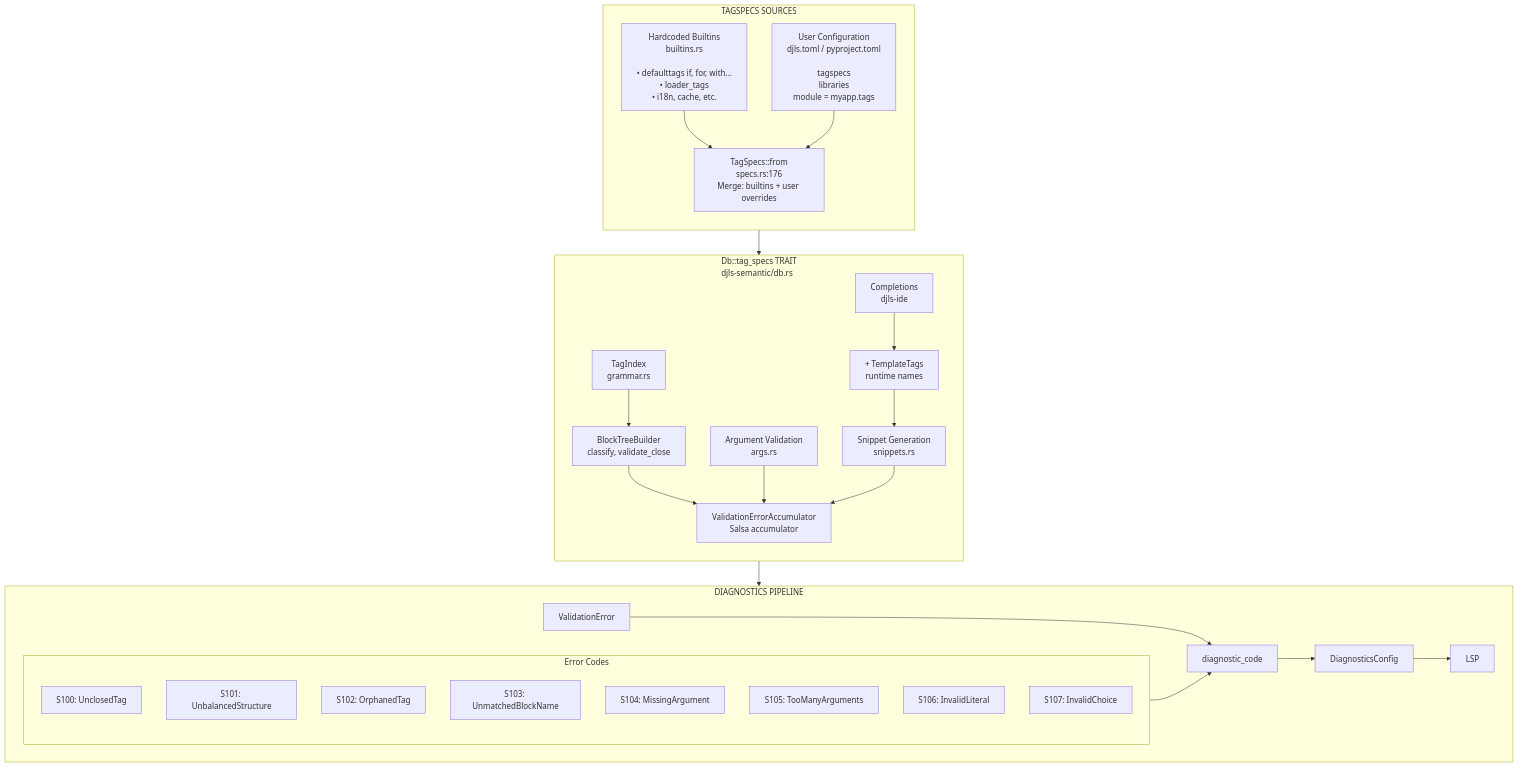
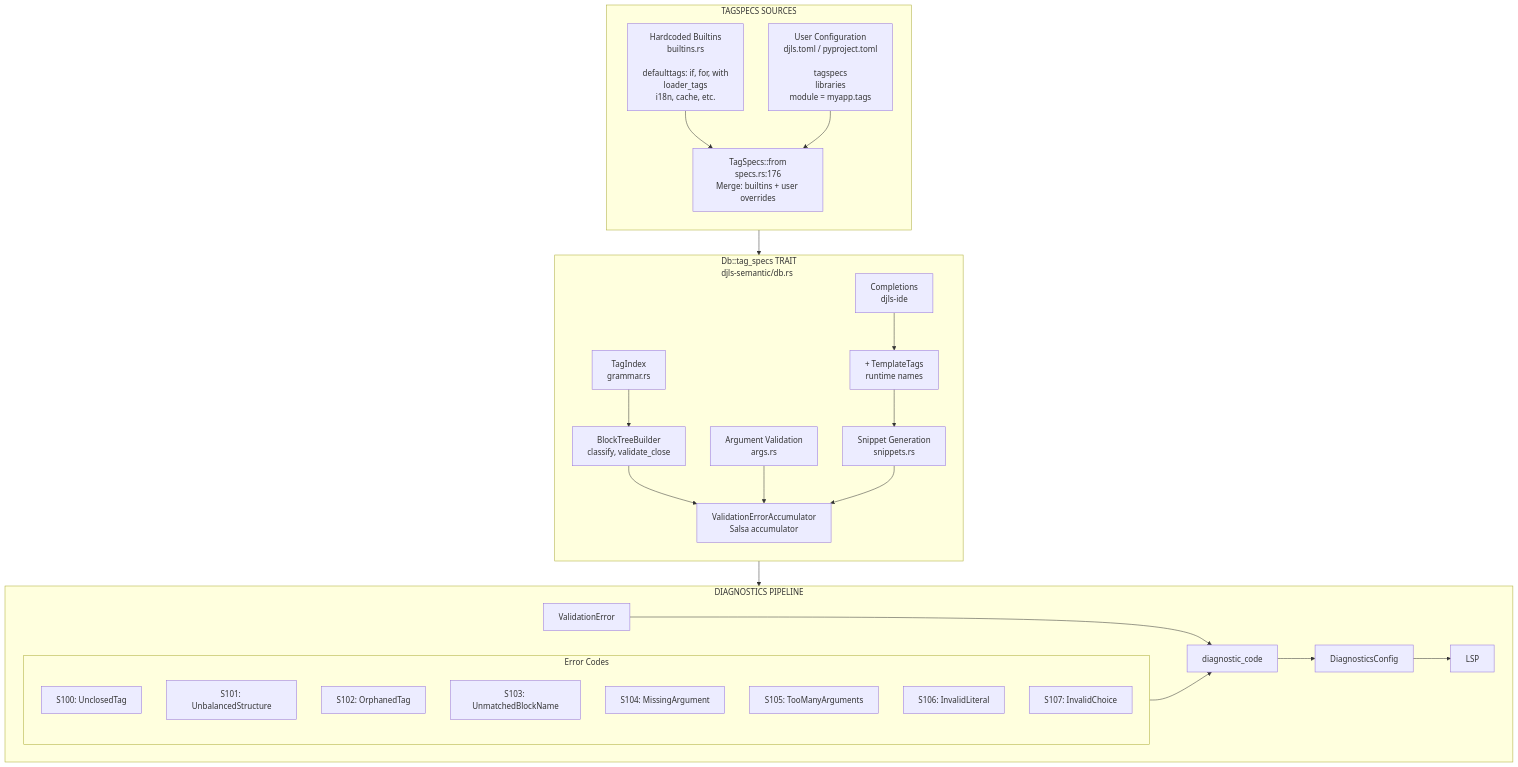
One commit to joshuadavidthomas/django-language-server changed the diagram in .agents/research/2026-02-04_tagspecs-flow-analysis.md. Above: the diagram before and after it, drawn with Mermaid. The commit also changed 12 other files, not shown here.

Commit message:
change ASCII diagrams to Mermaid

````diff
--- a/.agents/research/2026-02-04_tagspecs-flow-analysis.md
+++ b/.agents/research/2026-02-04_tagspecs-flow-analysis.md
@@ -519,50 +519,50 @@
 ```mermaid
 flowchart TB
     subgraph Sources["TAGSPECS SOURCES"]
         direction TB
-        HB[Hardcoded Builtins<br/>builtins.rs<br/><br/>• defaulttags if, for, with...<br/>• loader_tags<br/>• i18n, cache, etc.]
-        UC[User Configuration<br/>djls.toml / pyproject.toml<br/><br/>tagspecs<br/>libraries<br/>module = myapp.tags]
-
-        HB --> TSFrom[TagSpecs::from<br/>specs.rs:176<br/>Merge: builtins + user overrides]
+        HB["Hardcoded Builtins<br/>builtins.rs<br/><br/>defaulttags: if, for, with<br/>loader_tags<br/>i18n, cache, etc."]
+        UC["User Configuration<br/>djls.toml / pyproject.toml<br/><br/>tagspecs<br/>libraries<br/>module = myapp.tags"]
+        
+        HB --> TSFrom["TagSpecs::from<br/>specs.rs:176<br/>Merge: builtins + user overrides"]
         UC --> TSFrom
     end
-
+    
     TSFrom --> DbTrait
-
+    
     subgraph DbTrait["Db::tag_specs TRAIT<br/>djls-semantic/db.rs"]
         direction TB
-        TI[TagIndex<br/>grammar.rs]
-        AV[Argument Validation<br/>args.rs]
-        Comp[Completions<br/>djls-ide]
-
-        TI --> BTB[BlockTreeBuilder<br/>classify, validate_close]
-        Comp --> RTags[+ TemplateTags<br/>runtime names]
-        RTags --> Snip[Snippet Generation<br/>snippets.rs]
-
-        BTB --> VEA[ValidationErrorAccumulator<br/>Salsa accumulator]
+        TI["TagIndex<br/>grammar.rs"]
+        AV["Argument Validation<br/>args.rs"]
+        Comp["Completions<br/>djls-ide"]
+        
+        TI --> BTB["BlockTreeBuilder<br/>classify, validate_close"]
+        Comp --> RTags["+ TemplateTags<br/>runtime names"]
+        RTags --> Snip["Snippet Generation<br/>snippets.rs"]
+        
+        BTB --> VEA["ValidationErrorAccumulator<br/>Salsa accumulator"]
         AV --> VEA
         Snip --> VEA
     end
-
+    
     VEA --> Pipeline
-
+    
     subgraph Pipeline["DIAGNOSTICS PIPELINE"]
         direction LR
         VE[ValidationError] --> DC[diagnostic_code]
         DC --> DCfg[DiagnosticsConfig]
         DCfg --> LSP[LSP]
-
+        
         subgraph Codes["Error Codes"]
-            S100[S100: UnclosedTag]
-            S101[S101: UnbalancedStructure]
-            S102[S102: OrphanedTag]
-            S103[S103: UnmatchedBlockName]
-            S104[S104: MissingArgument]
-            S105[S105: TooManyArguments]
-            S106[S106: InvalidLiteral]
-            S107[S107: InvalidChoice]
+            S100["S100: UnclosedTag"]
+            S101["S101: UnbalancedStructure"]
+            S102["S102: OrphanedTag"]
+            S103["S103: UnmatchedBlockName"]
+            S104["S104: MissingArgument"]
+            S105["S105: TooManyArguments"]
+            S106["S106: InvalidLiteral"]
+            S107["S107: InvalidChoice"]
         end
-
+        
         Codes --> DC
     end
 ```
````
